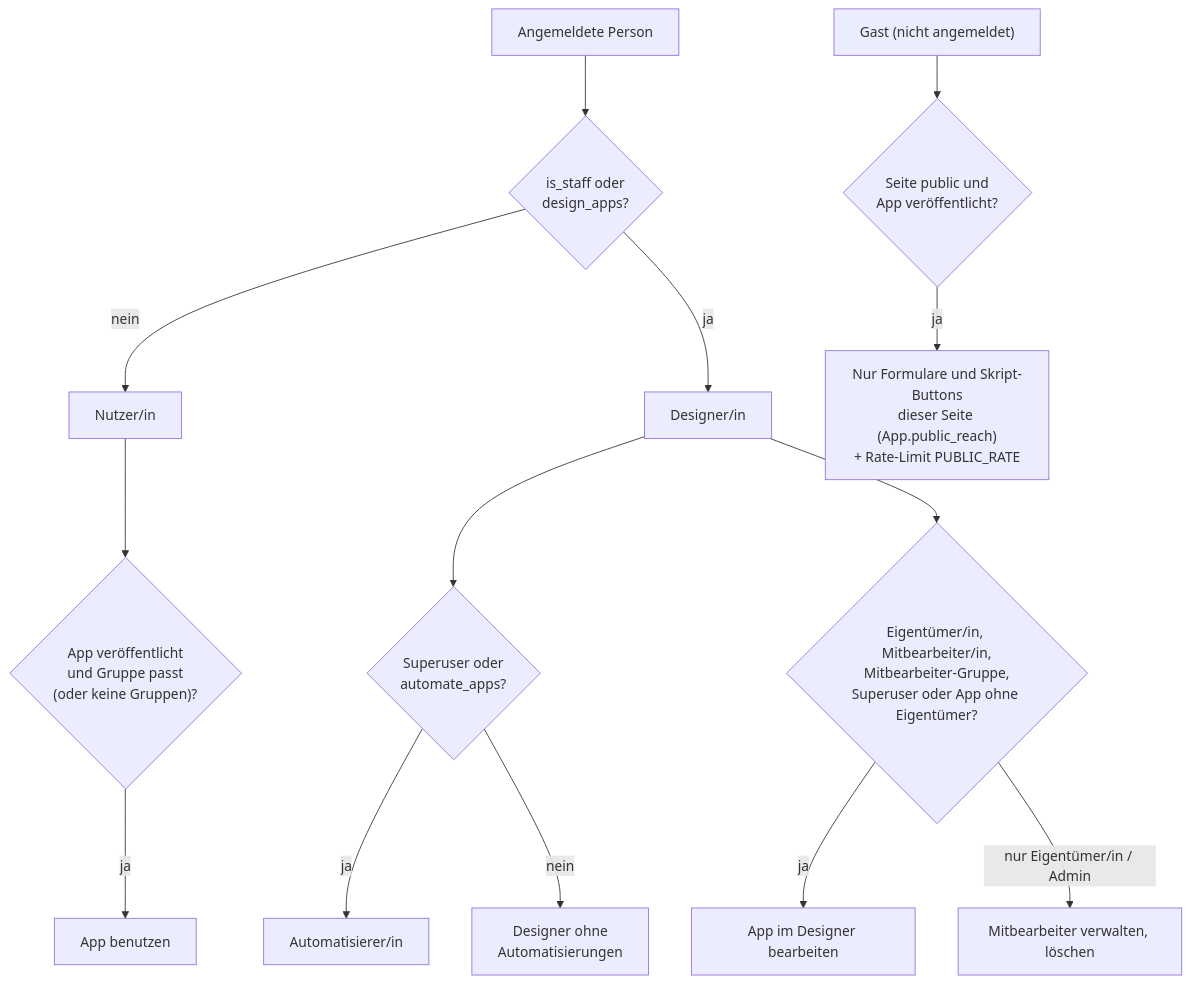
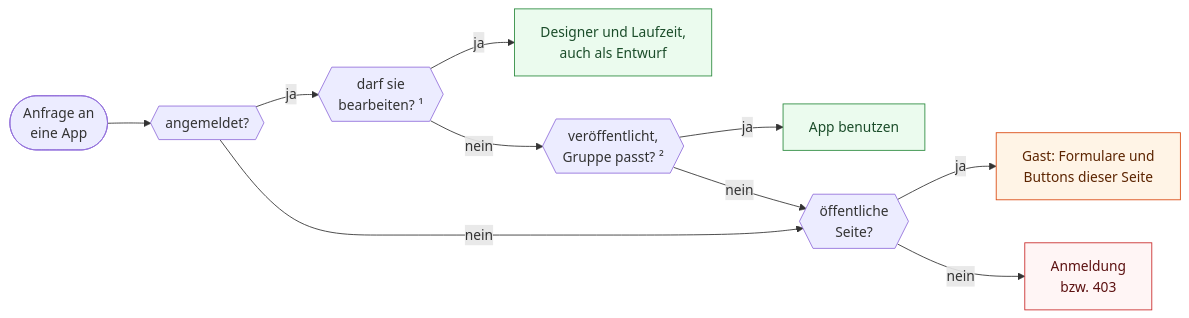
One commit to Turksat46/Baukasten changed the sixth of 15 diagrams in docs/TECHNISCHE_DOKUMENTATION.md. Above: the diagram before and after it, drawn with Mermaid. The commit also changed other lines of this file, not shown here.

Commit message:
Technische Dokumentation: Inhalt gegen den Code geprüft, Diagramme neu gestaltet

````diff
--- a/docs/TECHNISCHE_DOKUMENTATION.md
+++ b/docs/TECHNISCHE_DOKUMENTATION.md
@@ -341,19 +429,19 @@
 ```mermaid
-flowchart TD
-    A["Angemeldete Person"] --> D{"is_staff oder<br/>design_apps?"}
-    D -- nein --> N["Nutzer/in"]
-    D -- ja --> DES["Designer/in"]
-    DES --> AU{"Superuser oder<br/>automate_apps?"}
-    AU -- ja --> AUT["Automatisierer/in"]
-    AU -- nein --> DES2["Designer ohne<br/>Automatisierungen"]
+flowchart LR
+    A(["Anfrage an<br/>eine App"]) --> L{{"angemeldet?"}}
+    L -- ja --> E{{"darf sie<br/>bearbeiten? ¹"}}
+    E -- ja --> FULL["Designer und Laufzeit,<br/>auch als Entwurf"]
+    E -- nein --> U{{"veröffentlicht,<br/>Gruppe passt? ²"}}
+    U -- ja --> USE["App benutzen"]
+    U -- nein --> P
+    L -- nein --> P{{"öffentliche<br/>Seite?"}}
+    P -- ja --> GAST["Gast: Formulare und<br/>Buttons dieser Seite"]
+    P -- nein --> NO["Anmeldung<br/>bzw. 403"]
 
-    N --> USE{"App veröffentlicht<br/>und Gruppe passt<br/>(oder keine Gruppen)?"}
-    USE -- ja --> OK1["App benutzen"]
-
-    DES --> ED{"Eigentümer/in, Mitbearbeiter/in,<br/>Mitbearbeiter-Gruppe,<br/>Superuser oder App ohne Eigentümer?"}
-    ED -- ja --> OK2["App im Designer bearbeiten"]
-    ED -- "nur Eigentümer/in / Admin" --> OK3["Mitbearbeiter verwalten, löschen"]
-
-    G["Gast (nicht angemeldet)"] --> PUB{"Seite public und<br/>App veröffentlicht?"}
-    PUB -- ja --> OK4["Nur Formulare und Skript-Buttons<br/>dieser Seite (App.public_reach)<br/>+ Rate-Limit PUBLIC_RATE"]
+    classDef ok fill:#ebfbee,stroke:#2b8a3e,color:#1b4d2a
+    classDef limited fill:#fff4e6,stroke:#d9480f,color:#5c2400
+    classDef no fill:#fff5f5,stroke:#c92a2a,color:#5c1111
+    class FULL,USE ok
+    class GAST limited
+    class NO no
 ```
````
